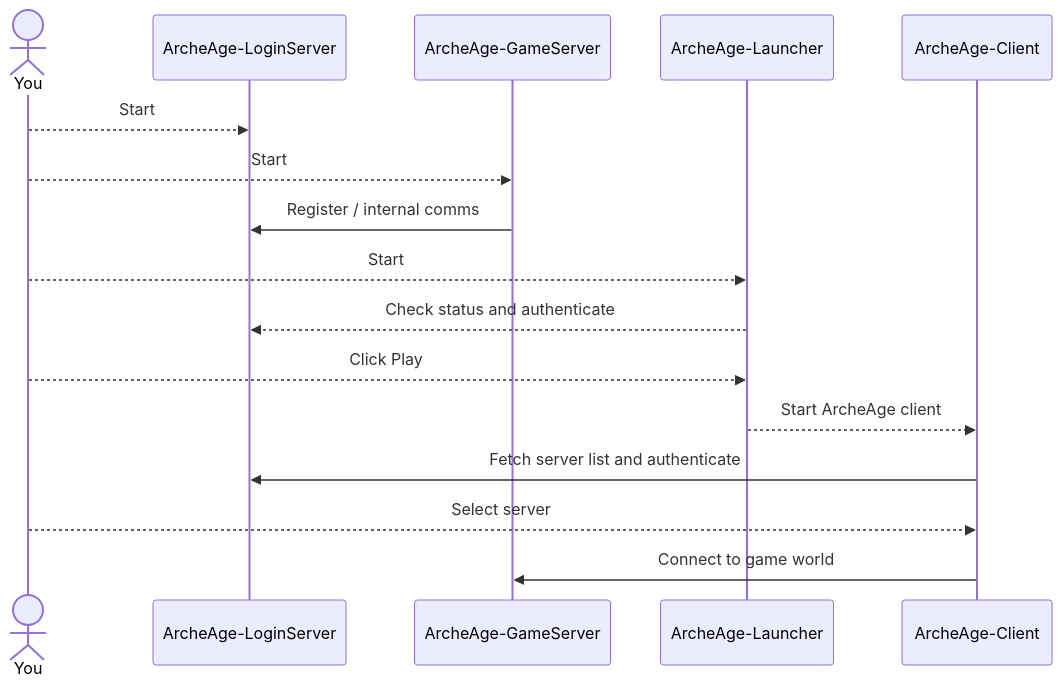
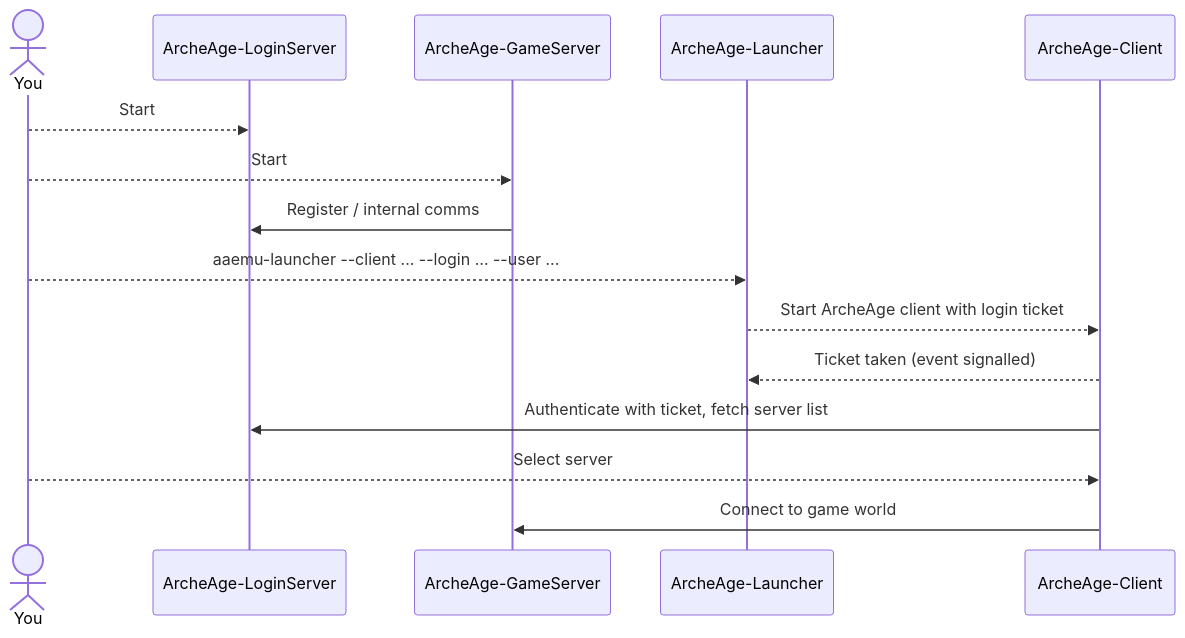
Before and after one commit to AAEmu/AAEmu: the diagram in Docs/wiki/Components.md, drawn with Mermaid. The commit also changed other lines of this file and 28 other files, not shown here.

First line of the commit message:
docs: document aaemu-launcher, Rust networking and the removed C# code base

````diff
--- a/Docs/wiki/Components.md
+++ b/Docs/wiki/Components.md
@@ -60,20 +71,19 @@
 ```mermaid
 sequenceDiagram
     actor You
     participant Login as ArcheAge-LoginServer
     participant Game as ArcheAge-GameServer
     participant Launcher as ArcheAge-Launcher
     participant Client as ArcheAge-Client
 
     You -->> Login : Start
     You -->> Game : Start
     Game ->> Login : Register / internal comms
 
-    You -->> Launcher : Start
-    Launcher -->> Login : Check status and authenticate
-    You -->> Launcher : Click Play
-    Launcher -->> Client : Start ArcheAge client
-    Client ->> Login: Fetch server list and authenticate
+    You -->> Launcher : aaemu-launcher --client ... --login ... --user ...
+    Launcher -->> Client : Start ArcheAge client with login ticket
+    Client -->> Launcher : Ticket taken (event signalled)
+    Client ->> Login: Authenticate with ticket, fetch server list
     You -->> Client : Select server
     Client ->> Game : Connect to game world
 ```
````
